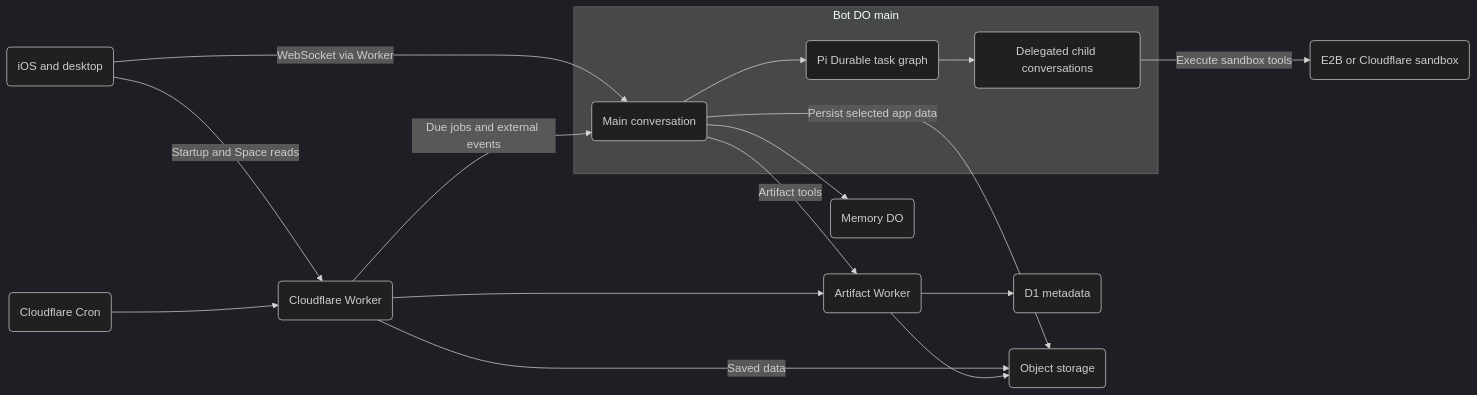
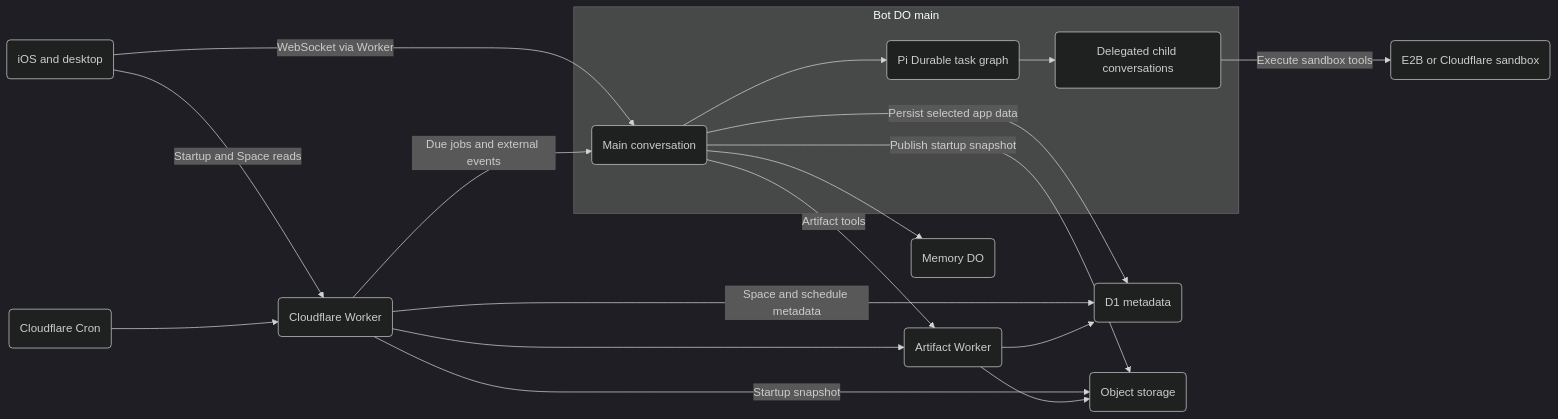
Before and after one commit to iamludamn/lulu: the diagram in docs/ARCHITECTURE.md, drawn with Mermaid (dark theme). The commit also changed other lines of this file and 12 other files, not shown here.

Commit message:
Store Panel, Space, and schedule metadata in D1

````diff
--- a/docs/ARCHITECTURE.md
+++ b/docs/ARCHITECTURE.md
@@ -29,30 +29,32 @@
 ```mermaid
 flowchart LR
     Native(iOS and desktop)
     Worker(Cloudflare Worker)
     Cron(Cloudflare Cron)
     Artifact(Artifact Worker)
-    ArtifactDB(D1 metadata)
+    Metadata(D1 metadata)
     Bucket(Object storage)
     subgraph Bot[Bot DO main]
         Main(Main conversation)
         Runs(Pi Durable task graph)
         Child(Delegated child conversations)
         Main --> Runs --> Child
     end
     Sandbox(E2B or Cloudflare sandbox)
     Memory(Memory DO)
 
     Native -->|Startup and Space reads| Worker
     Native -->|WebSocket via Worker| Main
     Cron --> Worker
     Worker -->|Due jobs and external events| Main
-    Worker -->|Saved data| Bucket
+    Worker -->|Startup snapshot| Bucket
+    Worker -->|Space and schedule metadata| Metadata
     Worker --> Artifact
-    Main -->|Persist selected app data| Bucket
+    Main -->|Persist selected app data| Metadata
+    Main -->|Publish startup snapshot| Bucket
     Main -->|Artifact tools| Artifact
     Artifact --> Bucket
-    Artifact --> ArtifactDB
+    Artifact --> Metadata
     Child -->|Execute sandbox tools| Sandbox
     Main --> Memory
 ```
````
